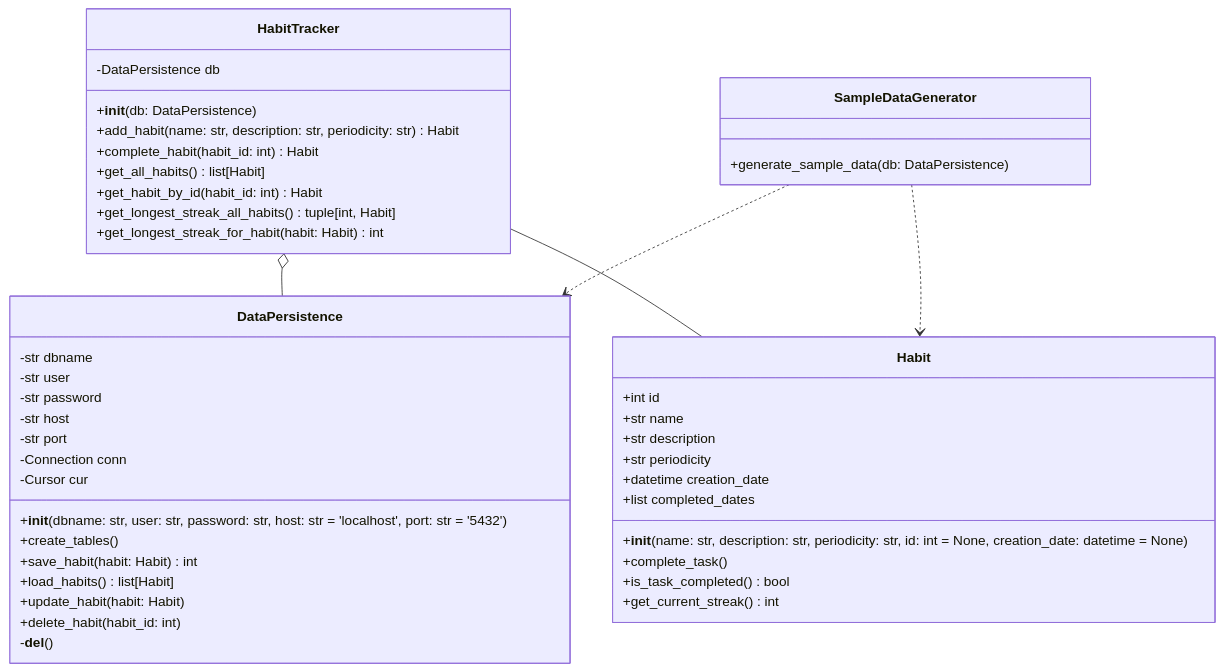
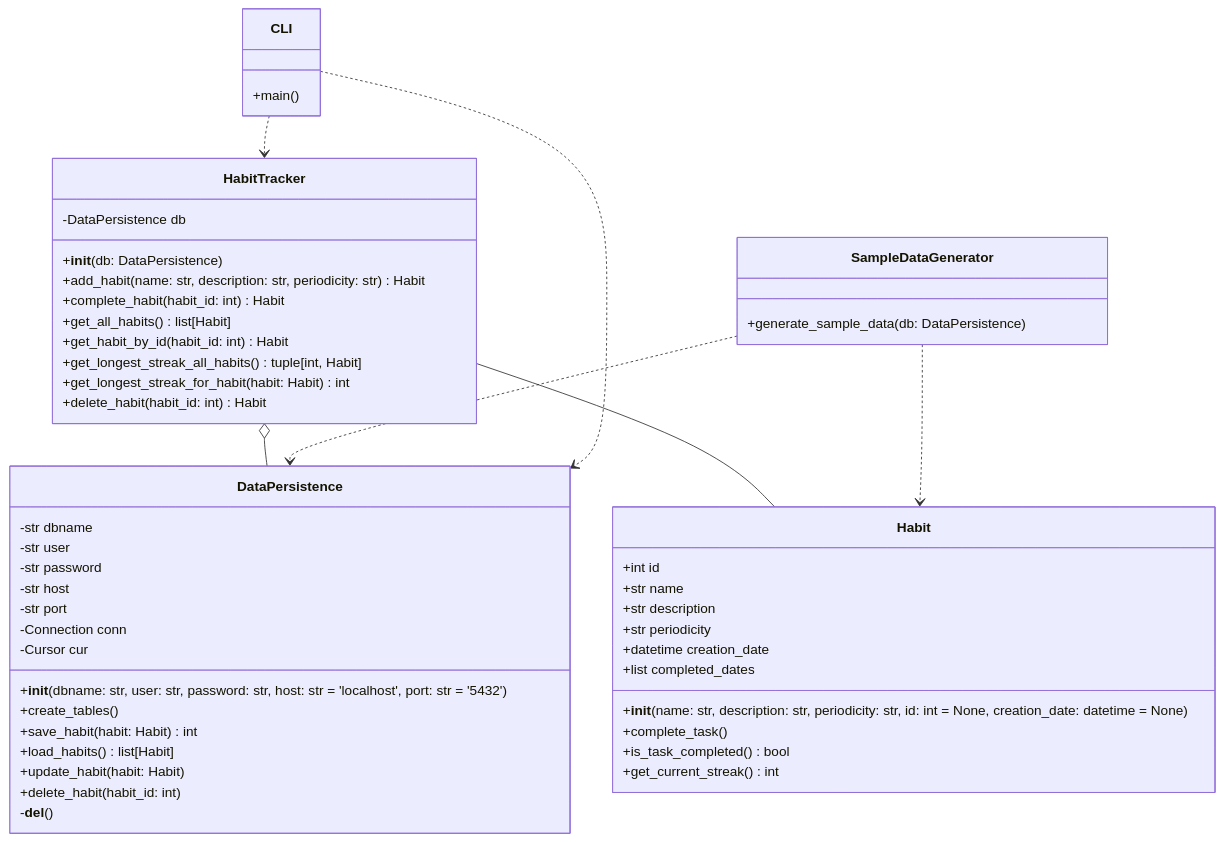
Before and after one commit to denydr/habit_tracker: the diagram in README.md, drawn with Mermaid. The commit also changed other lines of this file and 1 other file, not shown here.

Commit message:
[DD] Adding TODO for the cli module and modifying readme

````diff
--- a/README.md
+++ b/README.md
@@ -34,52 +34,59 @@
 ```mermaid
 classDiagram
     class Habit {
         +int id
         +str name
         +str description
         +str periodicity
         +datetime creation_date
         +list completed_dates
         +__init__(name: str, description: str, periodicity: str, id: int = None, creation_date: datetime = None)
         +complete_task()
         +is_task_completed() bool
         +get_current_streak() int
     }
 
     class HabitTracker {
         -DataPersistence db
         +__init__(db: DataPersistence)
         +add_habit(name: str, description: str, periodicity: str) Habit
         +complete_habit(habit_id: int) Habit
         +get_all_habits() list[Habit]
         +get_habit_by_id(habit_id: int) Habit
         +get_longest_streak_all_habits() tuple[int, Habit]
         +get_longest_streak_for_habit(habit: Habit) int
+        +delete_habit(habit_id: int) Habit
     }
 
     class DataPersistence {
         -str dbname
         -str user
         -str password
         -str host
         -str port
         -Connection conn
         -Cursor cur
         +__init__(dbname: str, user: str, password: str, host: str = 'localhost', port: str = '5432')
         +create_tables()
         +save_habit(habit: Habit) int
         +load_habits() list[Habit]
         +update_habit(habit: Habit)
         +delete_habit(habit_id: int)
         -__del__()
     }
 
     class SampleDataGenerator {
         +generate_sample_data(db: DataPersistence)
     }
 
+    class CLI {
+        +main()
+    }
+
     HabitTracker o-- DataPersistence
     HabitTracker -- Habit
     SampleDataGenerator ..> DataPersistence
     SampleDataGenerator ..> Habit
-```  
+    CLI ..> HabitTracker
+    CLI ..> DataPersistence
+```
````
